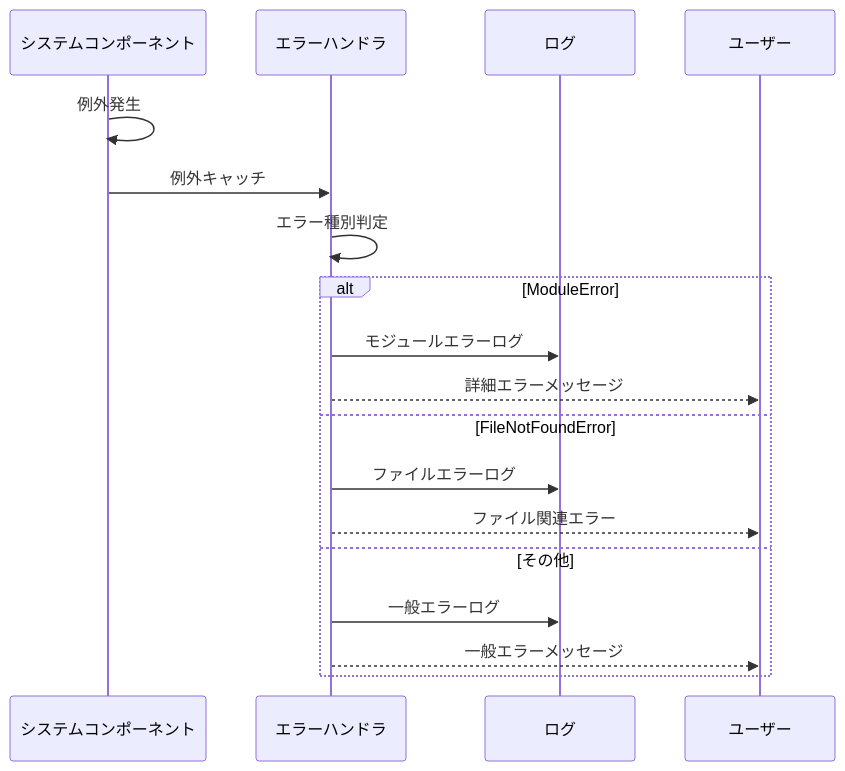
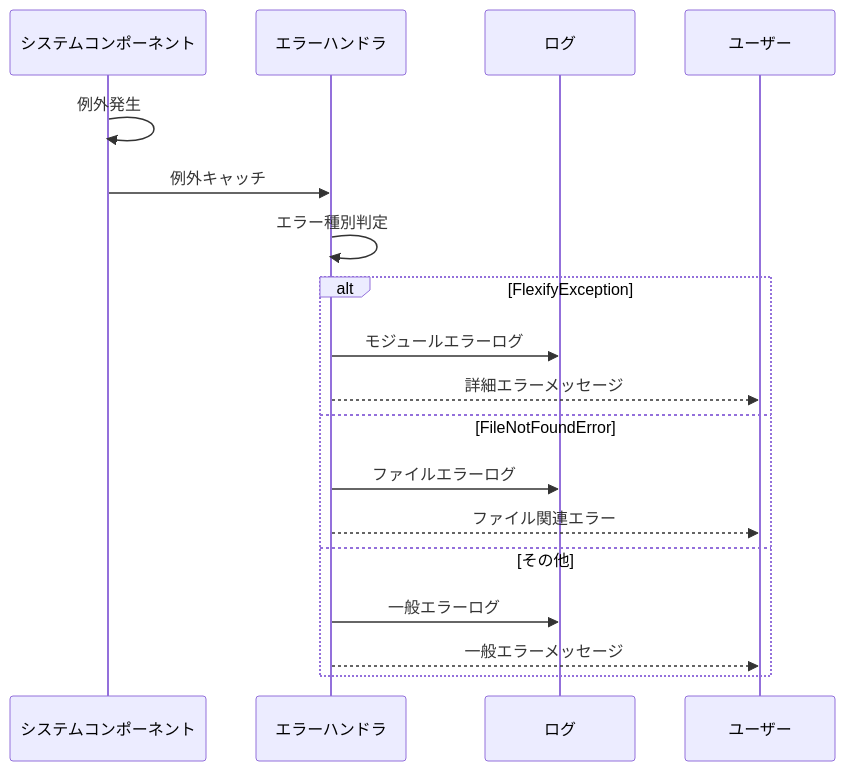
Before and after one commit to kitfactory/flexify: the sixth of 10 diagrams in docs/function_spec.md, drawn with Mermaid. The commit also changed other lines of this file and 16 other files, not shown here.

First line of the commit message:
refactor: Rename ModuleError to FlexifyException

````diff
--- a/docs/function_spec.md
+++ b/docs/function_spec.md
@@ -227,22 +227,22 @@
 ```mermaid
 sequenceDiagram
     participant Component as システムコンポーネント
     participant Error as エラーハンドラ
     participant Logger as ログ
     participant User as ユーザー
 
     Component->>Component: 例外発生
     Component->>Error: 例外キャッチ
     Error->>Error: エラー種別判定
     
-    alt ModuleError
+    alt FlexifyException
         Error->>Logger: モジュールエラーログ
         Error-->>User: 詳細エラーメッセージ
     else FileNotFoundError
         Error->>Logger: ファイルエラーログ
         Error-->>User: ファイル関連エラー
     else その他
         Error->>Logger: 一般エラーログ
         Error-->>User: 一般エラーメッセージ
     end
 ```
````
